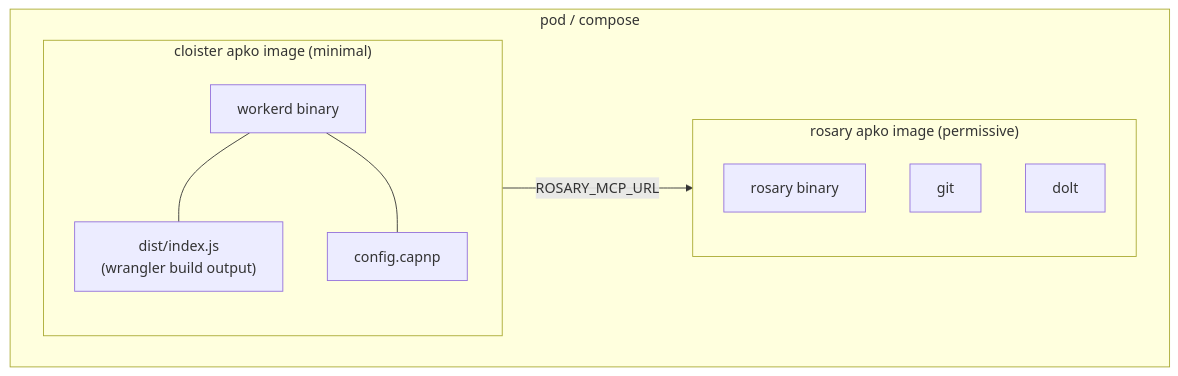
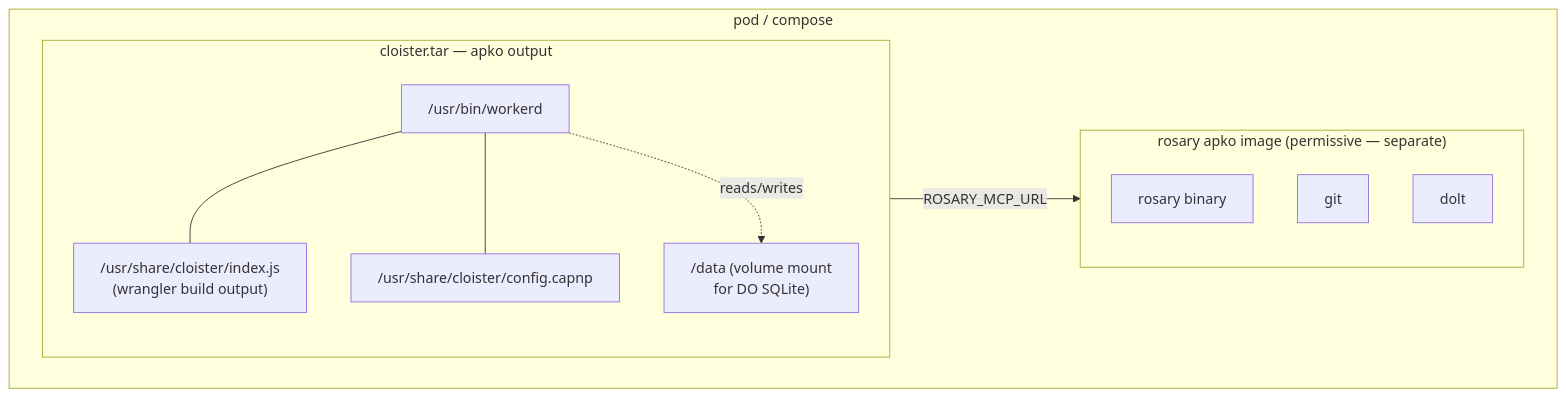
Before and after one commit to agentic-research/cloister: the tenth of 10 diagrams in docs/ARCHITECTURE.md, drawn with Mermaid. The commit also changed other lines of this file and 3 other files, not shown here.

````diff
--- a/docs/ARCHITECTURE.md
+++ b/docs/ARCHITECTURE.md
@@ -258,20 +259,22 @@
 ```mermaid
 graph TB
-    subgraph cloister_pkg ["cloister apko image (minimal)"]
-        WD["workerd binary"]
-        JS["dist/index.js\n(wrangler build output)"]
-        CFG["config.capnp"]
+    subgraph cloister_pkg ["cloister.tar — apko output"]
+        WD["/usr/bin/workerd"]
+        JS["/usr/share/cloister/index.js\n(wrangler build output)"]
+        CFG["/usr/share/cloister/config.capnp"]
+        DATA["/data (volume mount\nfor DO SQLite)"]
         WD --- JS
         WD --- CFG
+        WD -.->|reads/writes| DATA
     end
 
-    subgraph rosary_pkg ["rosary apko image (permissive)"]
+    subgraph rosary_pkg ["rosary apko image (permissive — separate)"]
         RB["rosary binary"]
         GIT["git"]
         DOLT["dolt"]
     end
 
     subgraph compose ["pod / compose"]
         cloister_pkg -->|ROSARY_MCP_URL| rosary_pkg
     end
 ```
````
